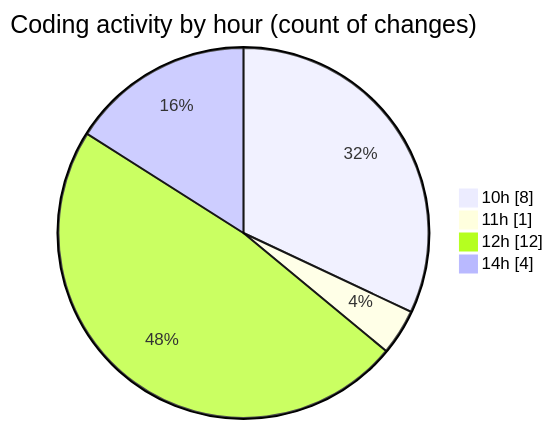
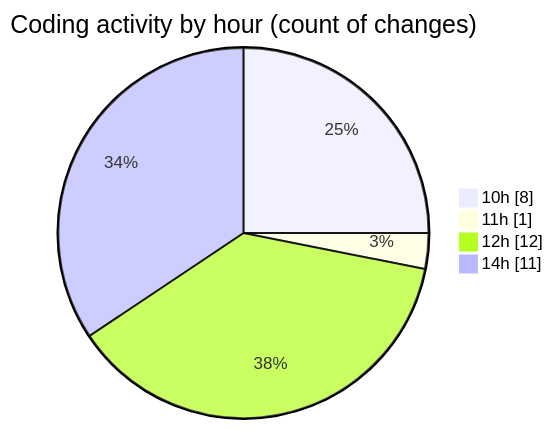
One commit to momahboobian/code-tracking changed the second of 2 diagrams in 2025-07-31/cda/README.md. Above: the diagram before and after it, drawn with Mermaid. The commit also changed other lines of this file and 1 other file, not shown here.

````diff
--- a/2025-07-31/cda/README.md
+++ b/2025-07-31/cda/README.md
@@ -32,8 +32,8 @@
 ```mermaid
 pie showData
 title Coding activity by hour (count of changes)
 "10h" : 8
 "11h" : 1
 "12h" : 12
-"14h" : 4
+"14h" : 11
 ```
````
